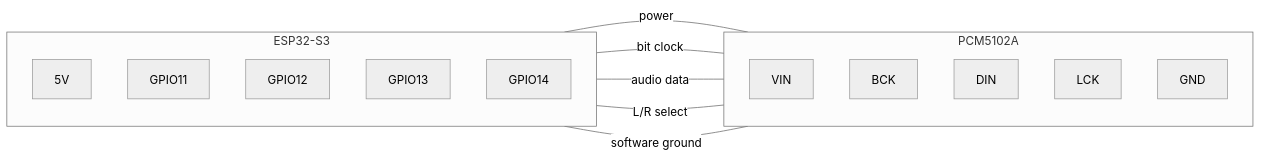
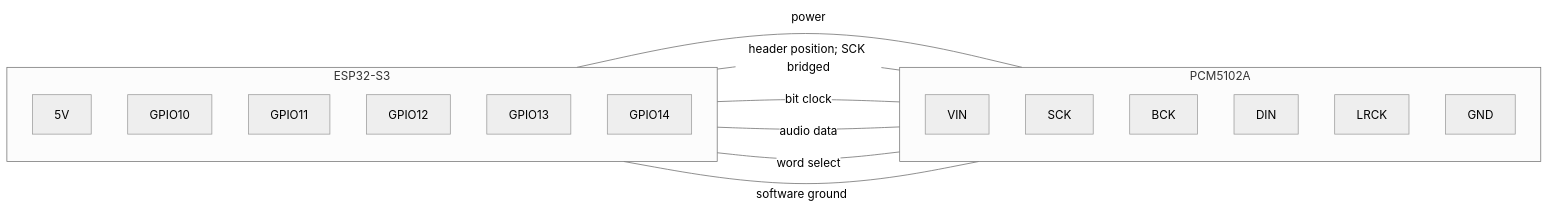
The diagram in docs/getting-started/assembly.md (serverdevel/airplay-esp32), drawn with Mermaid (neutral theme) before and after one commit. The commit also changed other lines of this file and 10 other files, not shown here.

````diff
--- a/docs/getting-started/assembly.md
+++ b/docs/getting-started/assembly.md
@@ -22,26 +68,29 @@
 ```mermaid
 flowchart LR
     subgraph esp["ESP32-S3"]
         direction TB
         P5["5V"]
+        P10["GPIO10"]
         P11["GPIO11"]
         P12["GPIO12"]
         P13["GPIO13"]
         P14["GPIO14"]
     end
 
     subgraph dac["PCM5102A"]
         direction TB
         VIN["VIN"]
+        SCK["SCK"]
         BCK["BCK"]
         DIN["DIN"]
-        LCK["LCK"]
+        LRCK["LRCK"]
         GND["GND"]
     end
 
     P5 ---|power| VIN
+    P10 ---|header position; SCK bridged| SCK
     P11 ---|bit clock| BCK
     P12 ---|audio data| DIN
-    P13 ---|L/R select| LCK
+    P13 ---|word select| LRCK
     P14 ---|software ground| GND
 ```
````
